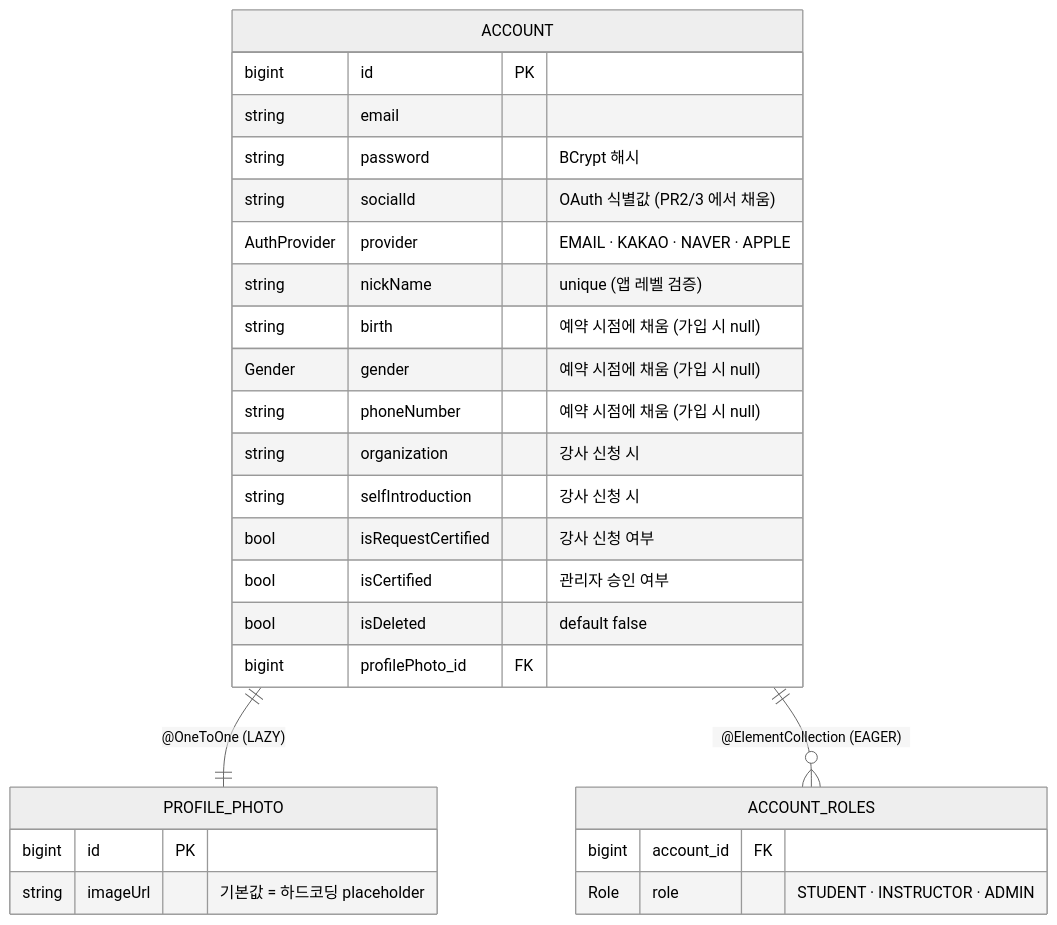
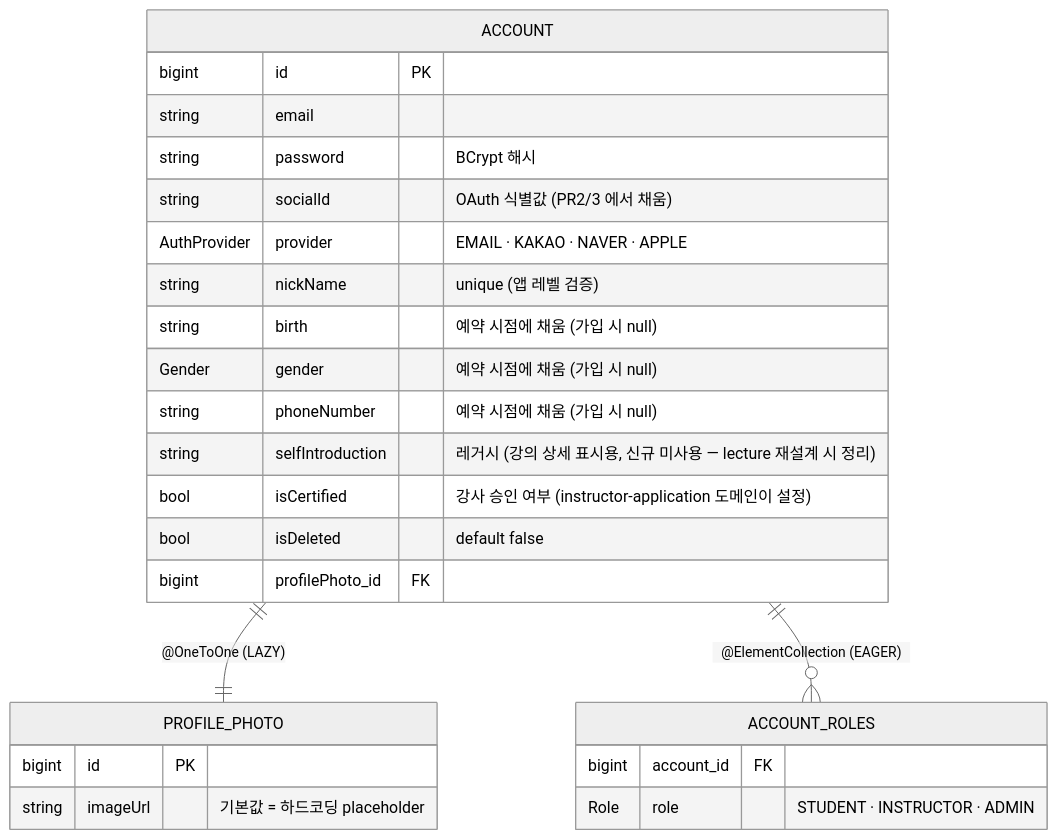
One commit to pungdong/Pungdong-Backend changed the fifth of 5 diagrams in docs/architecture/sign-up.md. Above: the diagram before and after it, drawn with Mermaid (neutral theme). The commit also changed other lines of this file and 3 other files, not shown here.

First line of the commit message:
Docs: 레거시 강사 흐름 제거 반영 (sign-up / account · instructor-application CLAUDE)

````diff
--- a/docs/architecture/sign-up.md
+++ b/docs/architecture/sign-up.md
@@ -225,31 +225,29 @@
 ```mermaid
 erDiagram
     ACCOUNT {
         bigint id PK
         string email
         string password "BCrypt 해시"
         string socialId "OAuth 식별값 (PR2/3 에서 채움)"
         AuthProvider provider "EMAIL · KAKAO · NAVER · APPLE"
         string nickName "unique (앱 레벨 검증)"
         string birth "예약 시점에 채움 (가입 시 null)"
         Gender gender "예약 시점에 채움 (가입 시 null)"
         string phoneNumber "예약 시점에 채움 (가입 시 null)"
-        string organization "강사 신청 시"
-        string selfIntroduction "강사 신청 시"
-        bool isRequestCertified "강사 신청 여부"
-        bool isCertified "관리자 승인 여부"
+        string selfIntroduction "레거시 (강의 상세 표시용, 신규 미사용 — lecture 재설계 시 정리)"
+        bool isCertified "강사 승인 여부 (instructor-application 도메인이 설정)"
         bool isDeleted "default false"
         bigint profilePhoto_id FK
     }
     PROFILE_PHOTO {
         bigint id PK
         string imageUrl "기본값 = 하드코딩 placeholder"
     }
     ACCOUNT_ROLES {
         bigint account_id FK
         Role role "STUDENT · INSTRUCTOR · ADMIN"
     }
 
     ACCOUNT ||--|| PROFILE_PHOTO : "@OneToOne (LAZY)"
     ACCOUNT ||--o{ ACCOUNT_ROLES : "@ElementCollection (EAGER)"
 ```
````
